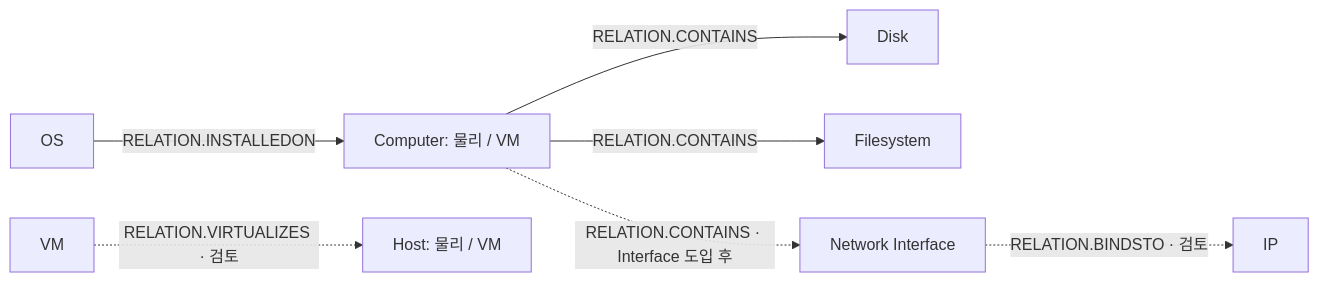
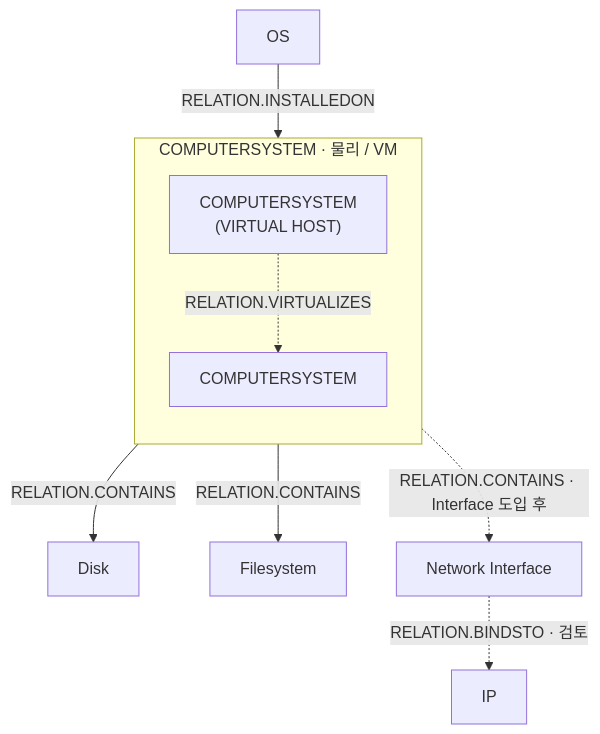
Before and after one commit to ka-MS/discovery-interface: the diagram in docs/data-analysis/design/ci/relations.md, drawn with Mermaid. The commit also changed other lines of this file and 44 other files, not shown here.

````diff
--- a/docs/data-analysis/design/ci/relations.md
+++ b/docs/data-analysis/design/ci/relations.md
@@ -27,9 +27,15 @@
 ```mermaid
-flowchart LR
-  C["Computer: 물리 / VM"] -->|"RELATION.CONTAINS"| D["Disk"]
+flowchart TB
+  subgraph C["COMPUTERSYSTEM · 물리 / VM"]
+    direction TB
+    H["COMPUTERSYSTEM<br/>(VIRTUAL HOST)"]
+    V["COMPUTERSYSTEM"]
+    H -.->|"RELATION.VIRTUALIZES"| V
+  end
+
+  O["OS"] -->|"RELATION.INSTALLEDON"| C
+  C -->|"RELATION.CONTAINS"| D["Disk"]
   C -->|"RELATION.CONTAINS"| F["Filesystem"]
-  O["OS"] -->|"RELATION.INSTALLEDON"| C
-  V["VM"] -.->|"RELATION.VIRTUALIZES · 검토"| H["Host: 물리 / VM"]
   C -.->|"RELATION.CONTAINS · Interface 도입 후"| N["Network Interface"]
   N -.->|"RELATION.BINDSTO · 검토"| I["IP"]
 ```
````
